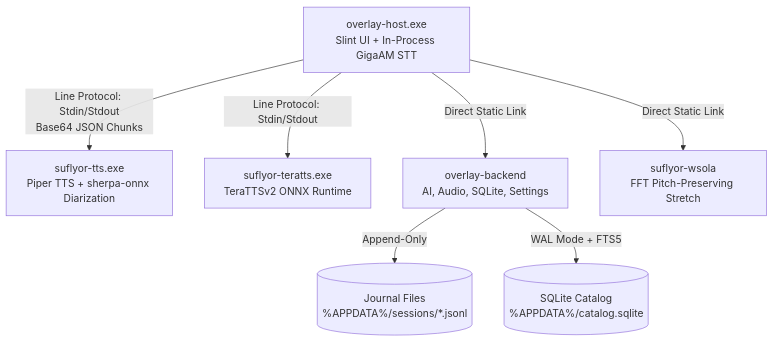
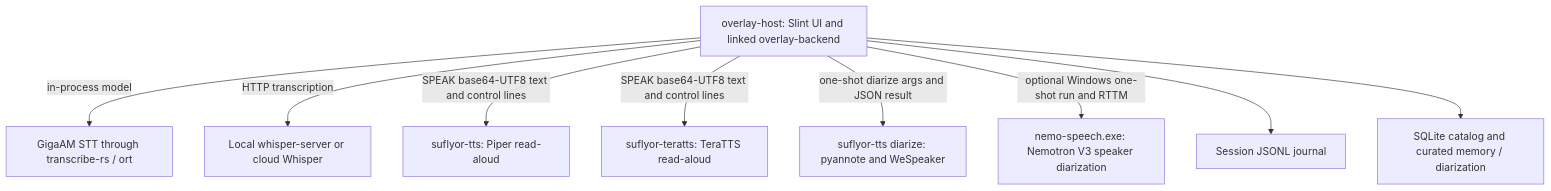
Before and after one commit to PavelLizunov/suflyor: the diagram in docs/agent-map/architecture/process_topology.md, drawn with Mermaid. The commit also changed other lines of this file and 352 other files, not shown here.

````diff
--- a/docs/agent-map/architecture/process_topology.md
+++ b/docs/agent-map/architecture/process_topology.md
@@ -7,9 +5,12 @@
 ```mermaid
 graph TD
-    A[overlay-host.exe<br>Slint UI + In-Process GigaAM STT] -->|Line Protocol: Stdin/Stdout<br>Base64 JSON Chunks| B[suflyor-tts.exe<br>Piper TTS + sherpa-onnx Diarization]
-    A -->|Line Protocol: Stdin/Stdout| C[suflyor-teratts.exe<br>TeraTTSv2 ONNX Runtime]
-    A -->|Direct Static Link| D[overlay-backend<br>AI, Audio, SQLite, Settings]
-    A -->|Direct Static Link| E[suflyor-wsola<br>FFT Pitch-Preserving Stretch]
-    D -->|Append-Only| F[(Journal Files<br>%APPDATA%/sessions/*.jsonl)]
-    D -->|WAL Mode + FTS5| G[(SQLite Catalog<br>%APPDATA%/catalog.sqlite)]
+    Host[overlay-host: Slint UI and linked overlay-backend]
+    Host -->|in-process model| Giga[GigaAM STT through transcribe-rs / ort]
+    Host -->|HTTP transcription| Whisper[Local whisper-server or cloud Whisper]
+    Host -->|SPEAK base64-UTF8 text and control lines| Piper[suflyor-tts: Piper read-aloud]
+    Host -->|SPEAK base64-UTF8 text and control lines| Tera[suflyor-teratts: TeraTTS read-aloud]
+    Host -->|one-shot diarize args and JSON result| Legacy[suflyor-tts diarize: pyannote and WeSpeaker]
+    Host -->|optional Windows one-shot run and RTTM| Nemo[nemo-speech.exe: Nemotron V3 speaker diarization]
+    Host --> Journal[Session JSONL journal]
+    Host --> Catalog[SQLite catalog and curated memory / diarization]
 ```
````
